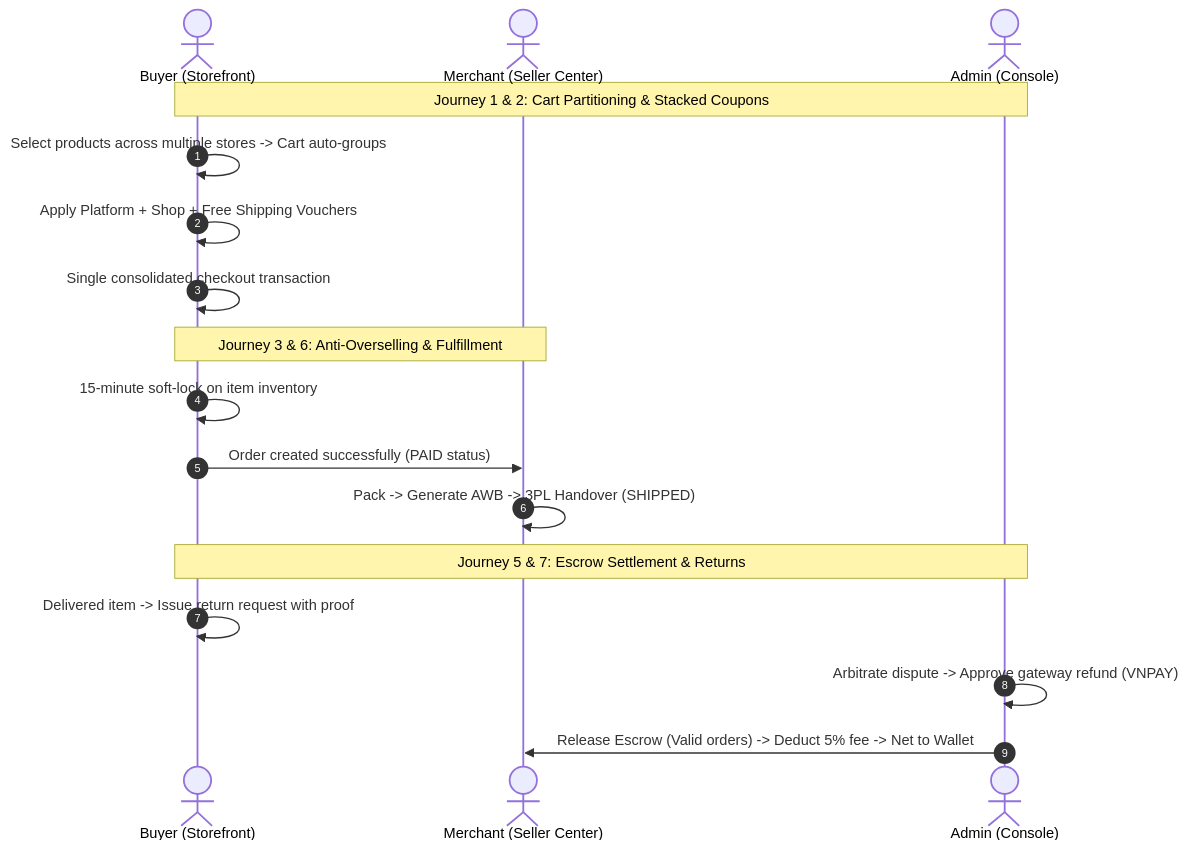
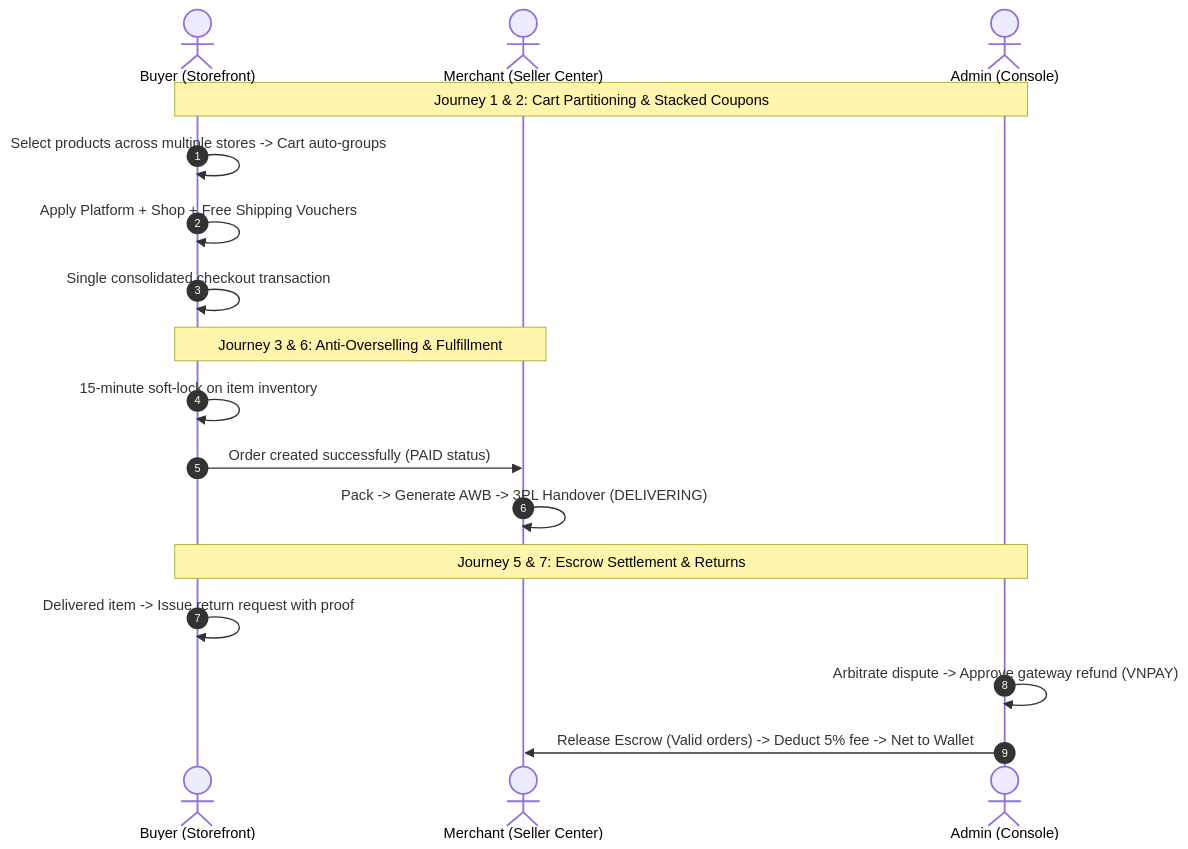
Before and after one commit to Thien21112005/multivendor-ecommerce-prototype: the fourth of 4 diagrams in README.md, drawn with Mermaid. The commit also changed other lines of this file, not shown here.

````diff
--- a/README.md
+++ b/README.md
@@ -288,22 +288,22 @@
 ```mermaid
 sequenceDiagram
     autonumber
     actor Buyer as Buyer (Storefront)
     actor Vendor as Merchant (Seller Center)
     actor Admin as Admin (Console)
     
     Note over Buyer,Admin: Journey 1 & 2: Cart Partitioning & Stacked Coupons
     Buyer->>Buyer: Select products across multiple stores -> Cart auto-groups
     Buyer->>Buyer: Apply Platform + Shop + Free Shipping Vouchers
     Buyer->>Buyer: Single consolidated checkout transaction
     
     Note over Buyer,Vendor: Journey 3 & 6: Anti-Overselling & Fulfillment
     Buyer->>Buyer: 15-minute soft-lock on item inventory
     Buyer->>Vendor: Order created successfully (PAID status)
-    Vendor->>Vendor: Pack -> Generate AWB -> 3PL Handover (SHIPPED)
+    Vendor->>Vendor: Pack -> Generate AWB -> 3PL Handover (DELIVERING)
     
     Note over Buyer,Admin: Journey 5 & 7: Escrow Settlement & Returns
     Buyer->>Buyer: Delivered item -> Issue return request with proof
     Admin->>Admin: Arbitrate dispute -> Approve gateway refund (VNPAY)
     Admin->>Vendor: Release Escrow (Valid orders) -> Deduct 5% fee -> Net to Wallet
 ```
````
